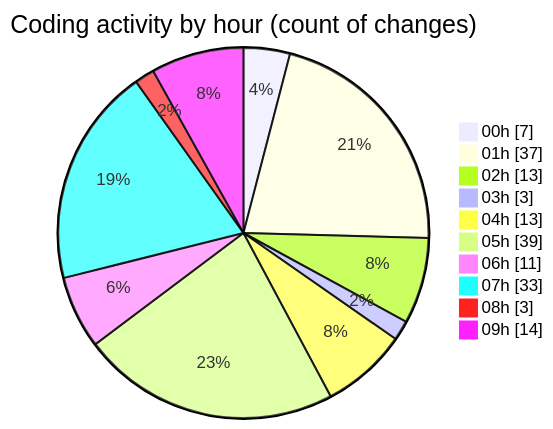
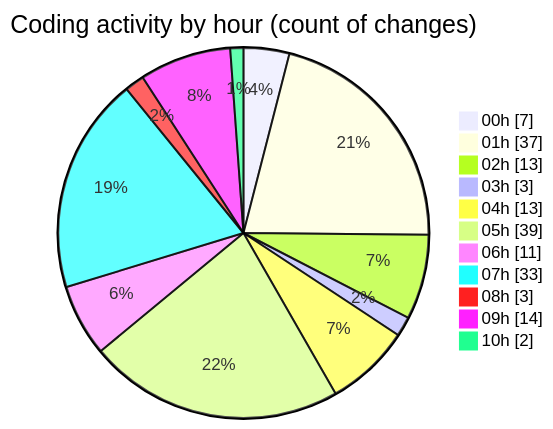
The second of 2 diagrams in 2025-02-23/micros/README.md (charlie-sans/code-tracking), drawn with Mermaid before and after one commit. The commit also changed other lines of this file and 1 other file, not shown here.

````diff
--- a/2025-02-23/micros/README.md
+++ b/2025-02-23/micros/README.md
@@ -69,14 +70,15 @@
 ```mermaid
 pie showData
 title Coding activity by hour (count of changes)
 "00h" : 7
 "01h" : 37
 "02h" : 13
 "03h" : 3
 "04h" : 13
 "05h" : 39
 "06h" : 11
 "07h" : 33
 "08h" : 3
 "09h" : 14
+"10h" : 2
 ```
````
